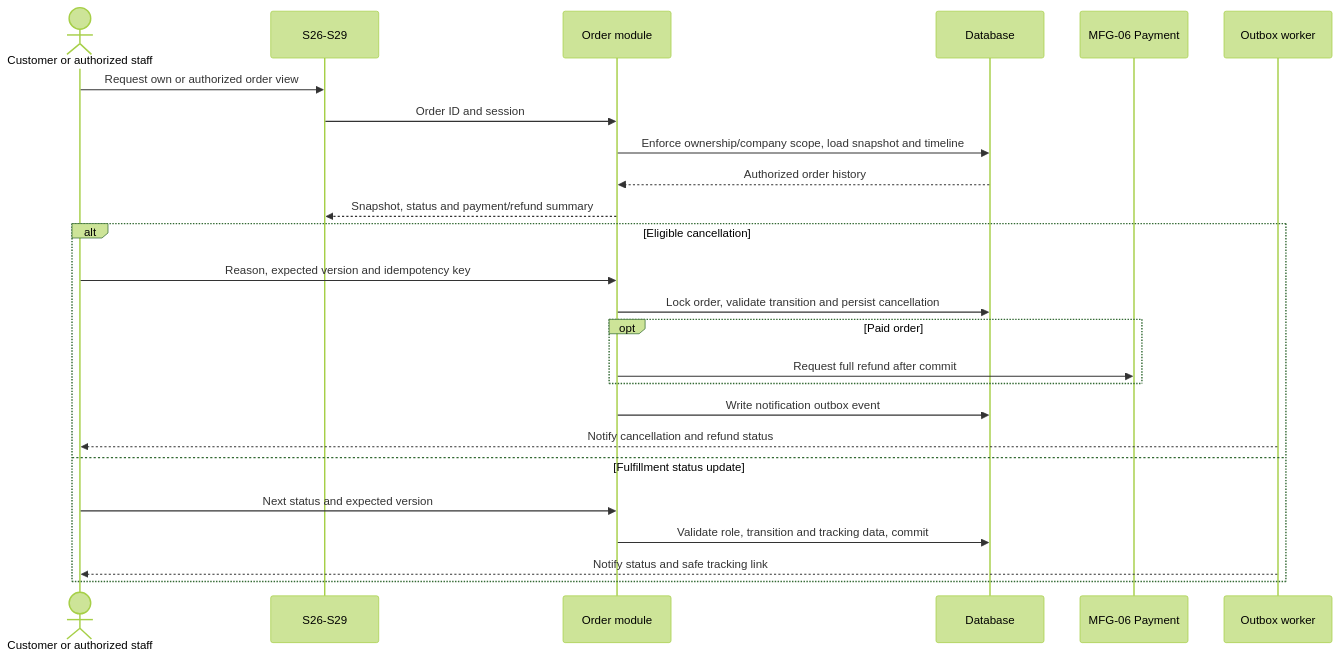
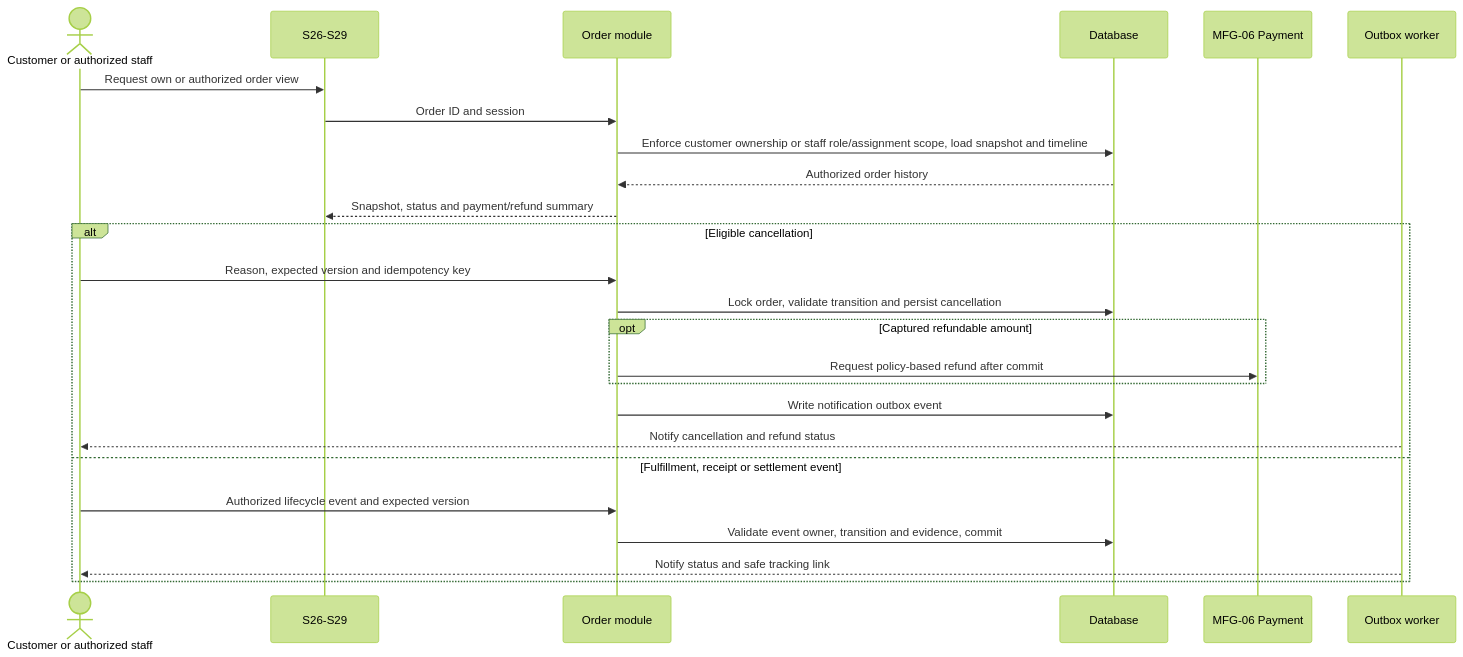
Before and after one commit to ankhanhwork/weavelink-project: diagram 11 of 15 in docs/architecture/sequence.md, drawn with Mermaid (forest theme). The commit also changed other lines of this file and 101 other files, not shown here.

````diff
--- a/docs/architecture/sequence.md
+++ b/docs/architecture/sequence.md
@@ -315,27 +296,27 @@
 ```mermaid
 sequenceDiagram
     actor OrderActor as Customer or authorized staff
     participant OrderUI as S26-S29
     participant OrderModule as Order module
     participant Database as Database
     participant PaymentModule as MFG-06 Payment
     participant OutboxWorker as Outbox worker
     OrderActor->>OrderUI: Request own or authorized order view
     OrderUI->>OrderModule: Order ID and session
-    OrderModule->>Database: Enforce ownership/company scope, load snapshot and timeline
+    OrderModule->>Database: Enforce customer ownership or staff role/assignment scope, load snapshot and timeline
     Database-->>OrderModule: Authorized order history
     OrderModule-->>OrderUI: Snapshot, status and payment/refund summary
     alt Eligible cancellation
         OrderActor->>OrderModule: Reason, expected version and idempotency key
         OrderModule->>Database: Lock order, validate transition and persist cancellation
-        opt Paid order
-            OrderModule->>PaymentModule: Request full refund after commit
+        opt Captured refundable amount
+            OrderModule->>PaymentModule: Request policy-based refund after commit
         end
         OrderModule->>Database: Write notification outbox event
         OutboxWorker-->>OrderActor: Notify cancellation and refund status
-    else Fulfillment status update
-        OrderActor->>OrderModule: Next status and expected version
-        OrderModule->>Database: Validate role, transition and tracking data, commit
+    else Fulfillment, receipt or settlement event
+        OrderActor->>OrderModule: Authorized lifecycle event and expected version
+        OrderModule->>Database: Validate event owner, transition and evidence, commit
         OutboxWorker-->>OrderActor: Notify status and safe tracking link
     end
 ```
````
